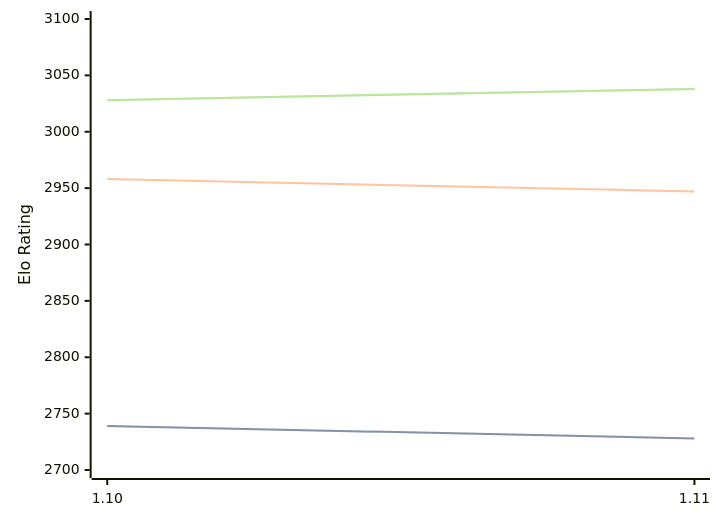
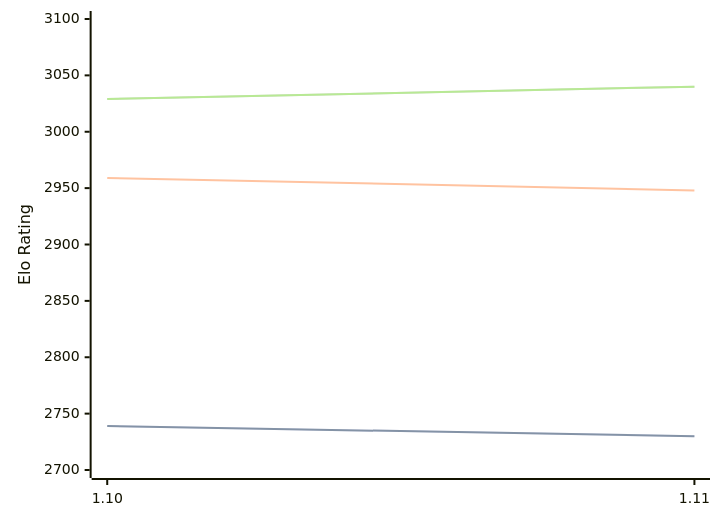
One commit to computer-chess-index/cci changed the diagram in engines/Roc.md. Above: the diagram before and after it, drawn with Mermaid. The commit also changed other lines of this file, not shown here.

Commit message:
Update CCI Ratings (ELO VLTC) - 2026-09-08

````diff
--- a/engines/Roc.md
+++ b/engines/Roc.md
@@ -42,11 +42,11 @@
 ```mermaid
 %%{init: {"theme":"base","themeVariables":{"seriesColors:['#a3a3a3','#222221','#faa371']}}}%%
 xychart-beta
   x-axis ["1.10", "1.11"]
   y-axis "Elo Rating" 2700 --> 3100
-  line "" [2739, 2728]
-  line "STC (8.0+0.08s)" [2739, 2728]
-  line "LTC (60.0+0.60s)" [2958, 2947]
-  line "" [3028, 3038]
-  line "VLTC (2m24s+1.12s)" [3028, 3038]
+  line "" [2739, 2730]
+  line "STC (8.0+0.08s)" [2739, 2730]
+  line "LTC (60.0+0.60s)" [2959, 2948]
+  line "" [3029, 3040]
+  line "VLTC (2m24s+1.12s)" [3029, 3040]
 ```
````
